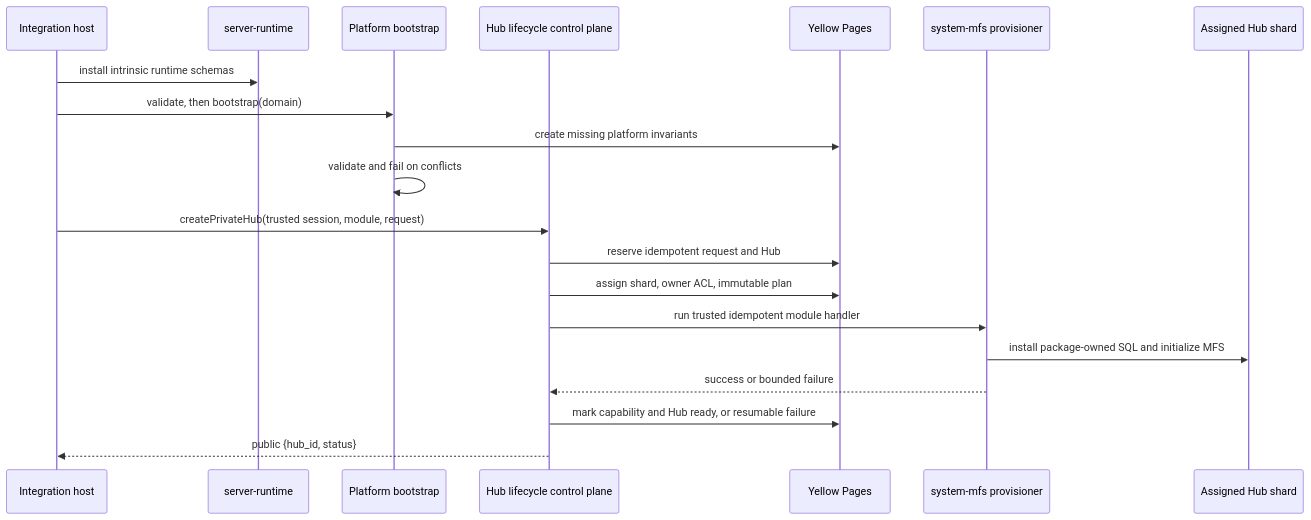
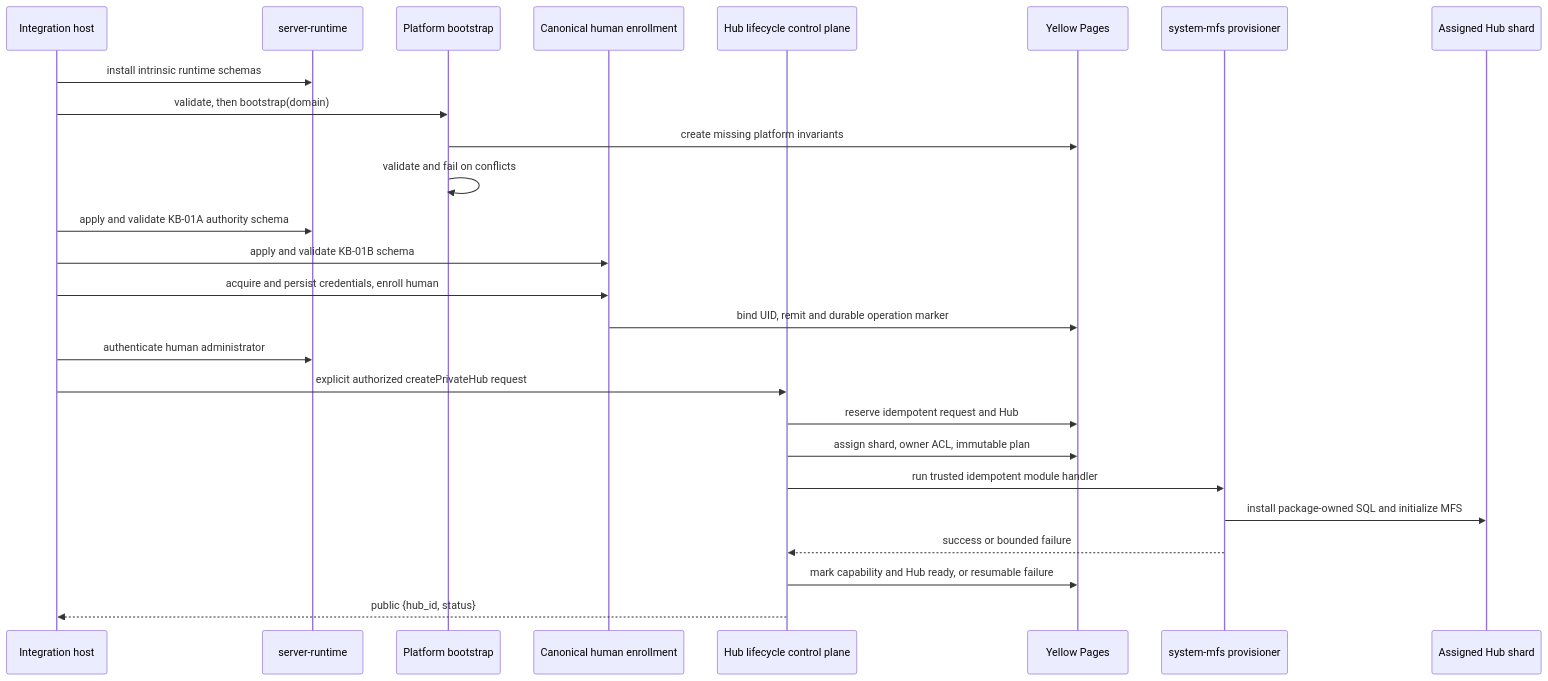
The diagram in docs/kernel/bootstrap-provisioning.md (drumee/drumee.github.io), drawn with Mermaid before and after one commit. The commit also changed other lines of this file and 20 other files, not shown here.

````diff
--- a/docs/kernel/bootstrap-provisioning.md
+++ b/docs/kernel/bootstrap-provisioning.md
@@ -15,24 +16,31 @@
 ```mermaid
 sequenceDiagram
   participant Host as Integration host
   participant Runtime as server-runtime
   participant Platform as Platform bootstrap
+  participant Operator as Canonical human enrollment
   participant Hub as Hub lifecycle control plane
   participant YP as Yellow Pages
   participant MFS as system-mfs provisioner
   participant Shard as Assigned Hub shard
 
   Host->>Runtime: install intrinsic runtime schemas
   Host->>Platform: validate, then bootstrap(domain)
   Platform->>YP: create missing platform invariants
   Platform->>Platform: validate and fail on conflicts
 
-  Host->>Hub: createPrivateHub(trusted session, module, request)
+  Host->>Runtime: apply and validate KB-01A authority schema
+  Host->>Operator: apply and validate KB-01B schema
+  Host->>Operator: acquire and persist credentials, enroll human
+  Operator->>YP: bind UID, remit and durable operation marker
+  Host->>Runtime: authenticate human administrator
+
+  Host->>Hub: explicit authorized createPrivateHub request
   Hub->>YP: reserve idempotent request and Hub
   Hub->>YP: assign shard, owner ACL, immutable plan
   Hub->>MFS: run trusted idempotent module handler
   MFS->>Shard: install package-owned SQL and initialize MFS
   MFS-->>Hub: success or bounded failure
   Hub->>YP: mark capability and Hub ready, or resumable failure
   Hub-->>Host: public {hub_id, status}
 ```
````
